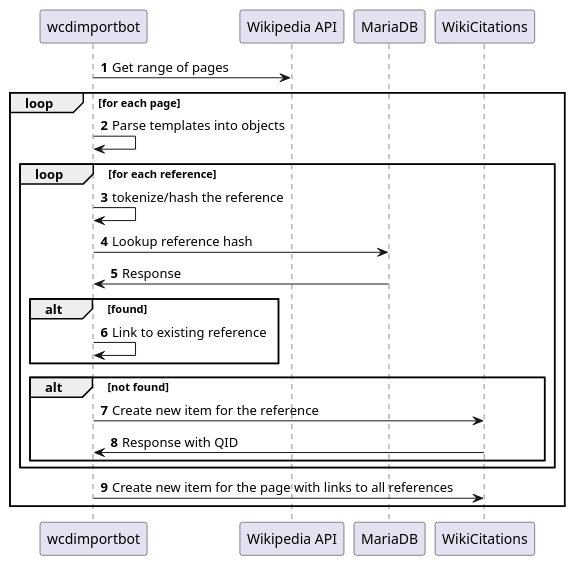
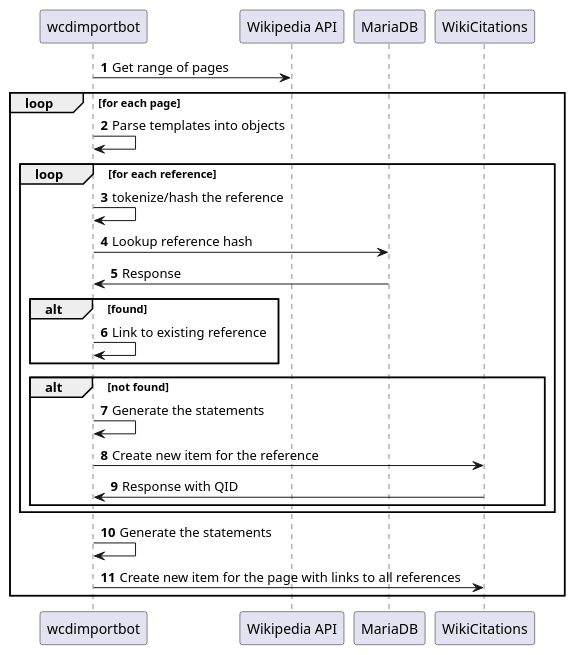
One commit to internetarchive/iari changed the diagram in diagrams/sequence_first_pass.puml. Above: the diagram before and after it, drawn with PlantUML.

Commit message:
sequence_first_pass.puml: Add generating statements

```diff
--- a/diagrams/sequence_first_pass.puml
+++ b/diagrams/sequence_first_pass.puml
@@ -1,22 +1,24 @@
 @startuml
 'https://plantuml.com/sequence-diagram
 
 autonumber
 wcdimportbot -> "Wikipedia API": Get range of pages
 loop for each page
     wcdimportbot -> wcdimportbot: Parse templates into objects
     loop for each reference
         wcdimportbot -> wcdimportbot: tokenize/hash the reference
         wcdimportbot -> MariaDB: Lookup reference hash
         MariaDB -> wcdimportbot: Response
         alt found
             wcdimportbot -> wcdimportbot: Link to existing reference
         end
         alt not found
+            wcdimportbot -> wcdimportbot: Generate the statements
             wcdimportbot -> WikiCitations: Create new item for the reference
             WikiCitations -> wcdimportbot: Response with QID
         end
     end
+    wcdimportbot -> wcdimportbot: Generate the statements
     wcdimportbot -> WikiCitations: Create new item for the page with links to all references
 end
 @enduml
```
